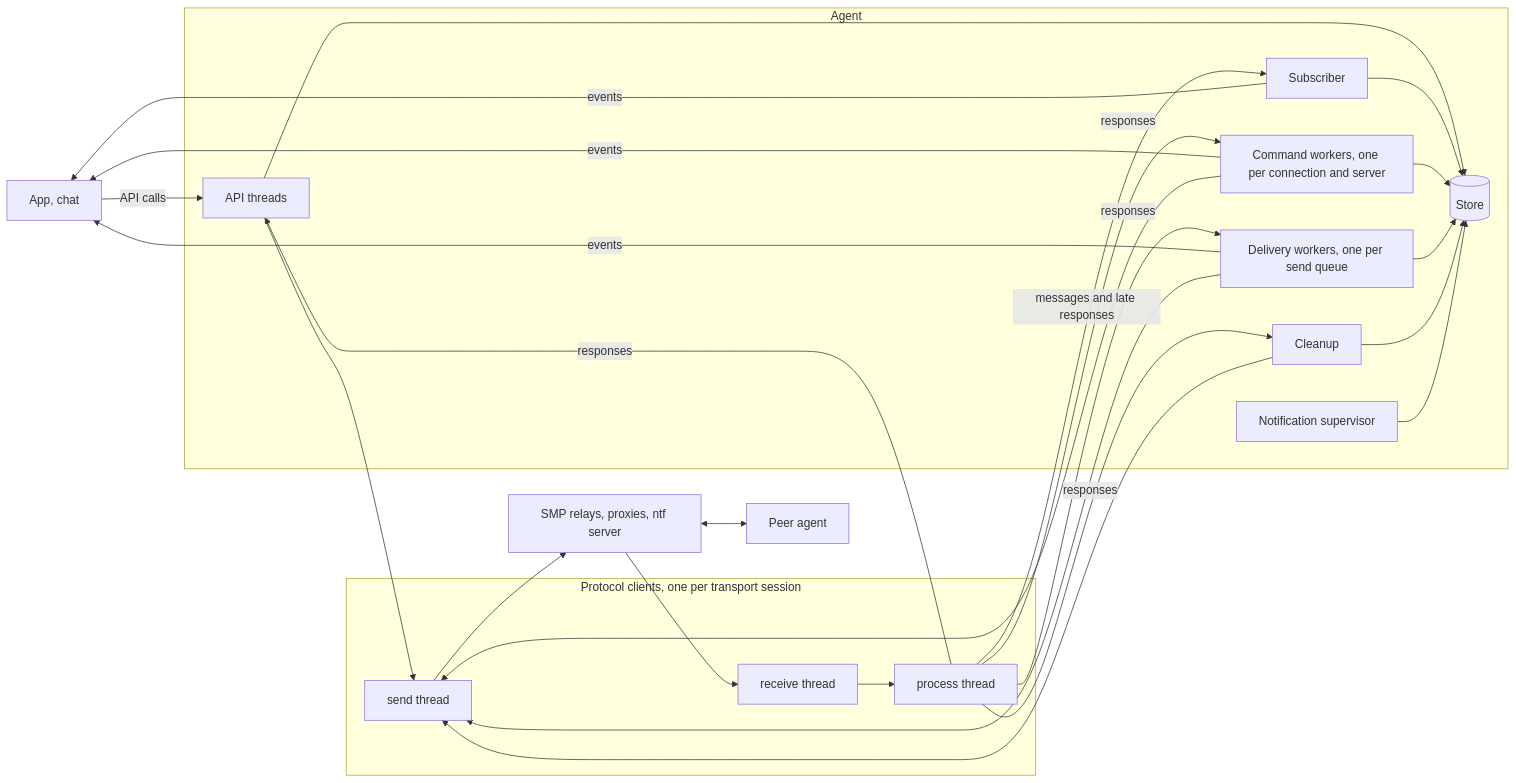
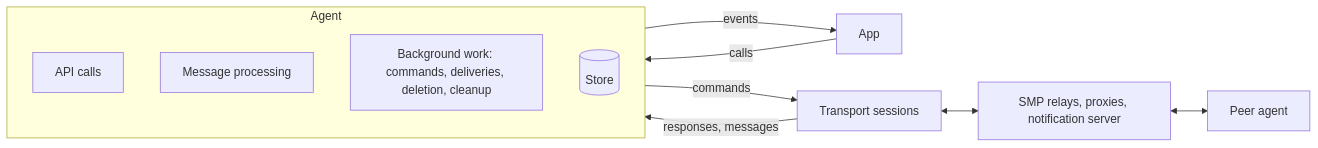
The diagram in design/transport-guarantees.md (simplex-chat/simplexmq), drawn with Mermaid before and after one commit. The commit also changed other lines of this file, not shown here.

Commit message:
docs: specify how the agent transport service works

````diff
--- a/design/transport-guarantees.md
+++ b/design/transport-guarantees.md
@@ -17,27 +9,15 @@
 ```mermaid
 flowchart LR
-  App[App, chat] -- API calls --> API
+  App[App] -- calls --> Agent
+  Agent -- events --> App
   subgraph Agent
-    API[API threads]
-    Sub[Subscriber]
-    Cmd[Command workers, one per connection and server]
-    Del[Delivery workers, one per send queue]
-    Cln[Cleanup]
-    Ntf[Notification supervisor]
-    DB[(Store)]
+    API[API calls]
+    Sub[Message processing]
+    Work[Background work: commands, deliveries, deletion, cleanup]
+    Store[(Store)]
   end
-  Sub -- events --> App
-  Cmd -- events --> App
-  Del -- events --> App
-  API & Sub & Cmd & Del & Cln & Ntf --> DB
-  subgraph Clients[Protocol clients, one per transport session]
-    Snd[send thread]
-    Rcv[receive thread]
-    Proc[process thread]
-  end
-  API & Cmd & Del & Cln --> Snd
-  Snd --> Relays[SMP relays, proxies, ntf server]
-  Relays --> Rcv --> Proc -- responses --> API & Cmd & Del & Cln
-  Proc -- messages and late responses --> Sub
+  Agent -- commands --> Sessions[Transport sessions]
+  Sessions -- responses, messages --> Agent
+  Sessions <--> Relays[SMP relays, proxies, notification server]
   Relays <--> Peer[Peer agent]
 ```
````
